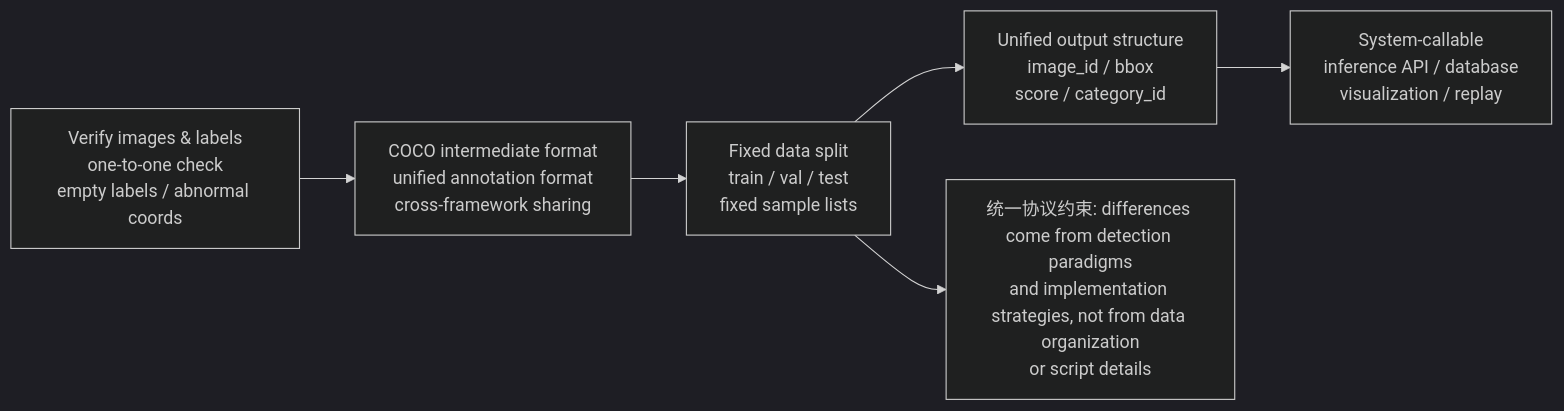
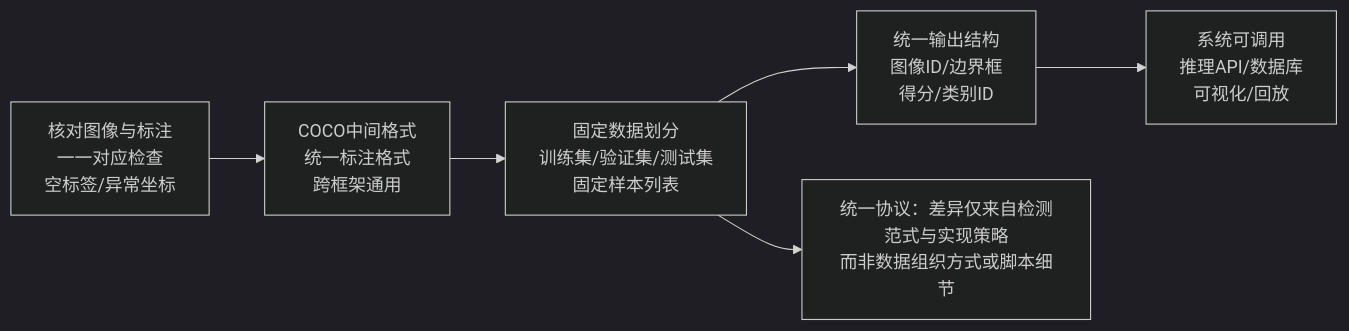
Before and after one commit to kkkhs/graduation_project: the sixth of 9 diagrams in thesis_figures_guide.md, drawn with Mermaid (dark theme). The commit also changed other lines of this file and 11 other files, not shown here.

First line of the commit message:
docs: 翻译 thesis_figures_guide.md 所有 Mermaid 节点为中文

````diff
--- a/thesis_figures_guide.md
+++ b/thesis_figures_guide.md
@@ -125,9 +125,9 @@
 ```mermaid
 flowchart LR
-    A[Verify images & labels<br/>one-to-one check<br/>empty labels / abnormal coords] --> B[COCO intermediate format<br/>unified annotation format<br/>cross-framework sharing]
-    B --> C[Fixed data split<br/>train / val / test<br/>fixed sample lists]
-    C --> D[Unified output structure<br/>image_id / bbox<br/>score / category_id]
-    D --> E[System-callable<br/>inference API / database<br/>visualization / replay]
+    A[核对图像与标注<br/>一一对应检查<br/>空标签/异常坐标] --> B[COCO中间格式<br/>统一标注格式<br/>跨框架通用]
+    B --> C[固定数据划分<br/>训练集/验证集/测试集<br/>固定样本列表]
+    C --> D[统一输出结构<br/>图像ID/边界框<br/>得分/类别ID]
+    D --> E[系统可调用<br/>推理API/数据库<br/>可视化/回放]
 
-    C --> F[统一协议约束: differences come from detection paradigms<br/>and implementation strategies, not from data organization<br/>or script details]
+    C --> F[统一协议：差异仅来自检测范式与实现策略<br/>而非数据组织方式或脚本细节]
 ```
````
